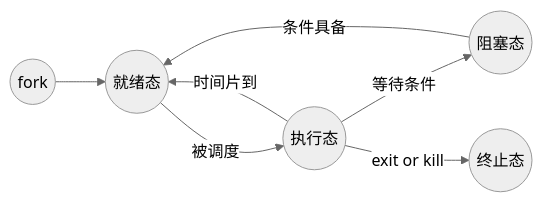
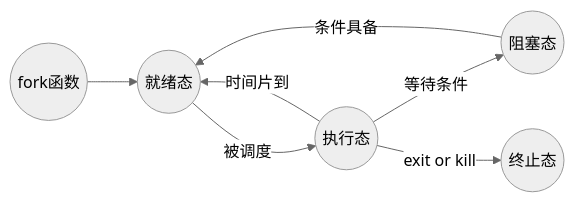
One commit to qffa/personalnote changed the diagram in Dev/Linux系统API/05.进程控制/08.进程状态.md. Above: the diagram before and after it, drawn with Mermaid (neutral theme). The commit also changed 23 other files, not shown here.

````diff
--- a/Dev/Linux系统API/05.进程控制/08.进程状态.md
+++ b/Dev/Linux系统API/05.进程控制/08.进程状态.md
@@ -3,9 +3,9 @@
 ```mermaid
 graph LR;
-  id0((fork)) --> id1((就绪态))
+  id0((fork函数)) --> id1((就绪态))
   id1 --被调度--> id2((执行态))
   id2 --等待条件--> id3((阻塞态))
   id2 --exit or kill--> id4((终止态))
   id2 --时间片到--> id1
   id3 --条件具备--> id1
 ```
````
